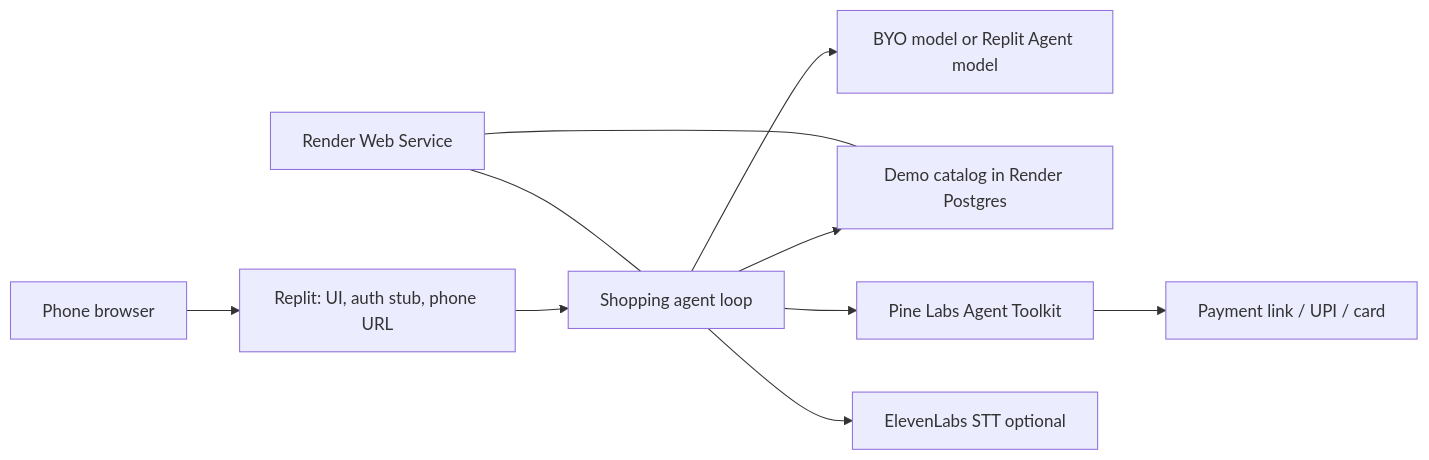
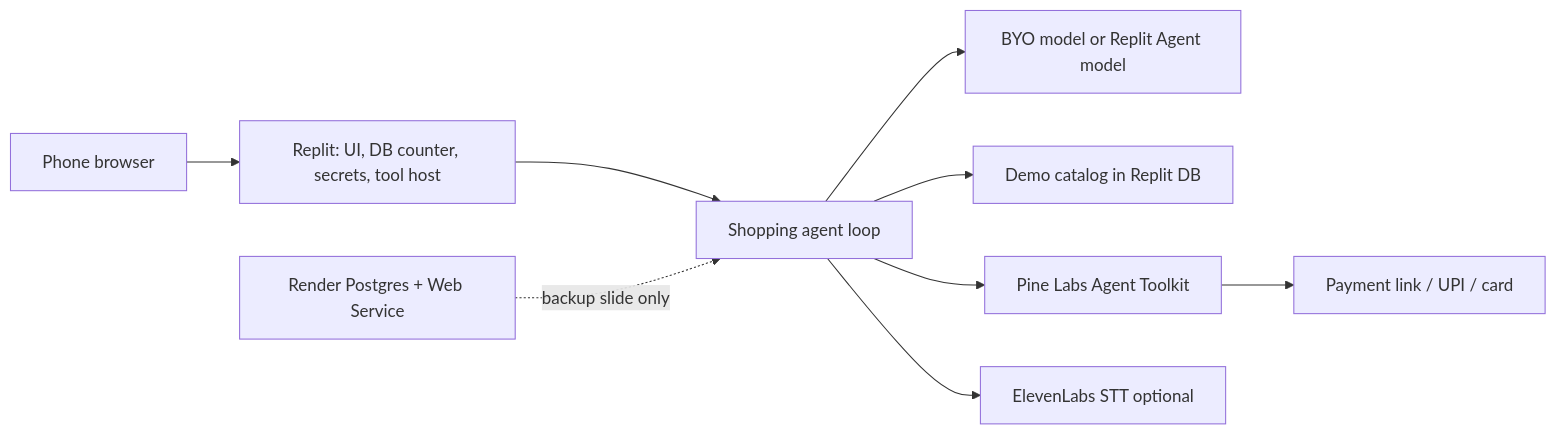
The second of 2 diagrams in docs/01-shopping-ai.md (levelscorner/airtribe-builders-day), drawn with Mermaid before and after one commit. The commit also changed other lines of this file and 4 other files, not shown here.

First line of the commit message:
Add the Saturday Shopping component stub and keep D1 Replit-only.

````diff
--- a/docs/01-shopping-ai.md
+++ b/docs/01-shopping-ai.md
@@ -115,12 +115,11 @@
 ```mermaid
 flowchart LR
-  phone[Phone browser] --> replit[Replit: UI, auth stub, phone URL]
+  phone[Phone browser] --> replit[Replit: UI, DB counter, secrets, tool host]
   replit --> agent[Shopping agent loop]
   agent --> llm[BYO model or Replit Agent model]
-  agent --> catalog[Demo catalog in Render Postgres]
+  agent --> catalog[Demo catalog in Replit DB]
   agent --> pine[Pine Labs Agent Toolkit]
   pine --> link[Payment link / UPI / card]
   agent --> el[ElevenLabs STT optional]
-  render[Render Web Service] --- agent
-  render --- catalog
+  render[Render Postgres + Web Service] -. backup slide only .-> agent
 ```
````
